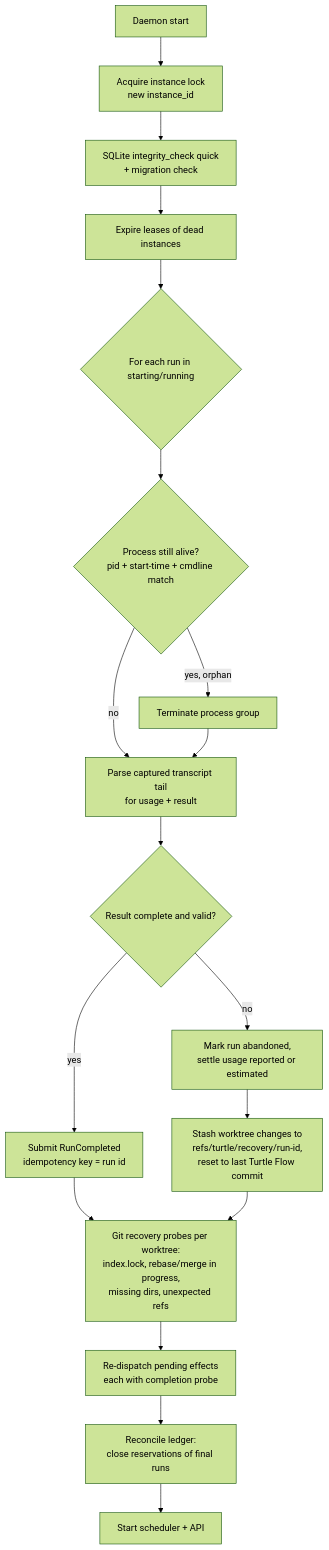
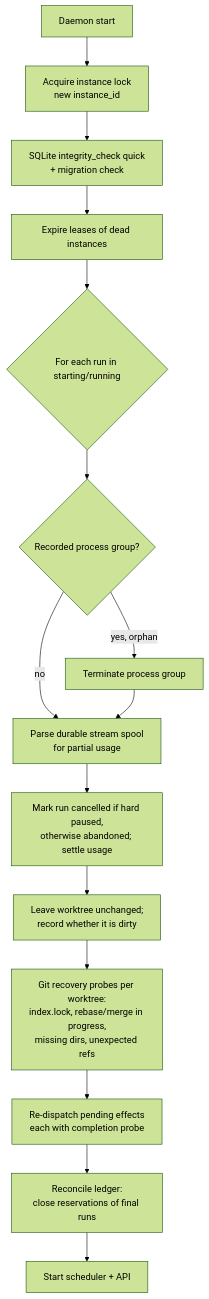
One commit to EmVeeNL/turtle-flow changed the third of 3 diagrams in docs/WORKFLOW.md. Above: the diagram before and after it, drawn with Mermaid (forest theme). The commit also changed other lines of this file and 34 other files, not shown here.

````diff
--- a/docs/WORKFLOW.md
+++ b/docs/WORKFLOW.md
@@ -402,20 +402,17 @@
 ```mermaid
 flowchart TD
     S[Daemon start] --> L[Acquire instance lock<br/>new instance_id]
     L --> I[SQLite integrity_check quick<br/>+ migration check]
     I --> X[Expire leases of dead instances]
     X --> R{For each run in starting/running}
-    R --> P{Process still alive?<br/>pid + start-time + cmdline match}
+    R --> P{Recorded process group?}
     P -- yes, orphan --> K[Terminate process group]
     P -- no --> U
-    K --> U[Parse captured transcript tail<br/>for usage + result]
-    U --> V{Result complete and valid?}
-    V -- yes --> C[Submit RunCompleted<br/>idempotency key = run id]
-    V -- no --> F[Mark run abandoned,<br/>settle usage reported or estimated]
-    F --> W[Stash worktree changes to<br/>refs/turtle/recovery/run-id,<br/>reset to last Turtle Flow commit]
-    C --> G
+    K --> U[Parse durable stream spool<br/>for partial usage]
+    U --> F[Mark run cancelled if hard paused,<br/>otherwise abandoned; settle usage]
+    F --> W[Leave worktree unchanged;<br/>record whether it is dirty]
     W --> G[Git recovery probes per worktree:<br/>index.lock, rebase/merge in progress,<br/>missing dirs, unexpected refs]
     G --> E[Re-dispatch pending effects<br/>each with completion probe]
     E --> Q[Reconcile ledger:<br/>close reservations of final runs]
     Q --> SCH[Start scheduler + API]
 ```
````
